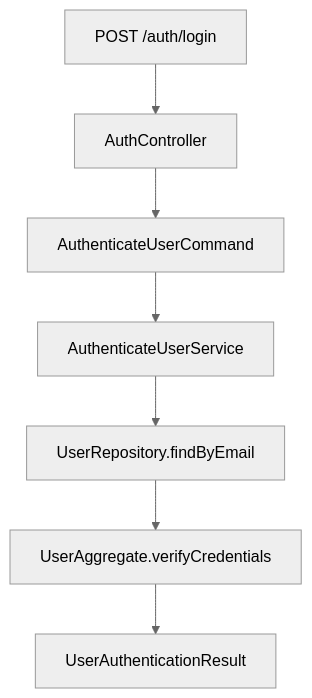
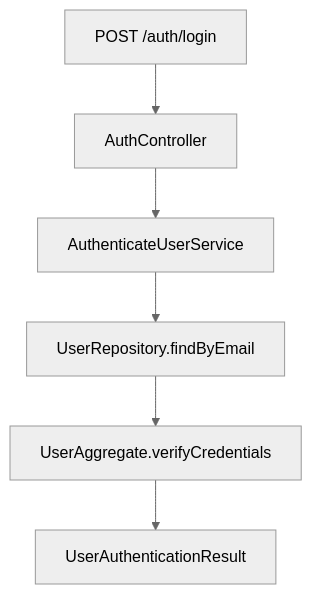
The second of 4 diagrams in README.md (CodeaBien/codeabien-ddd-demo), drawn with Mermaid (neutral theme) before and after one commit. The commit also changed other lines of this file, not shown here.

````diff
--- a/README.md
+++ b/README.md
@@ -183,9 +215,8 @@
 ```mermaid
 graph TD
     A[POST /auth/login] --> B[AuthController]
-    B --> C[AuthenticateUserCommand]
-    C --> D[AuthenticateUserService]
-    D --> E[UserRepository.findByEmail]
-    E --> F[UserAggregate.verifyCredentials]
-    F --> G[UserAuthenticationResult]
+    B --> C[AuthenticateUserService]
+    C --> D[UserRepository.findByEmail]
+    D --> E[UserAggregate.verifyCredentials]
+    E --> F[UserAuthenticationResult]
 ```
````
